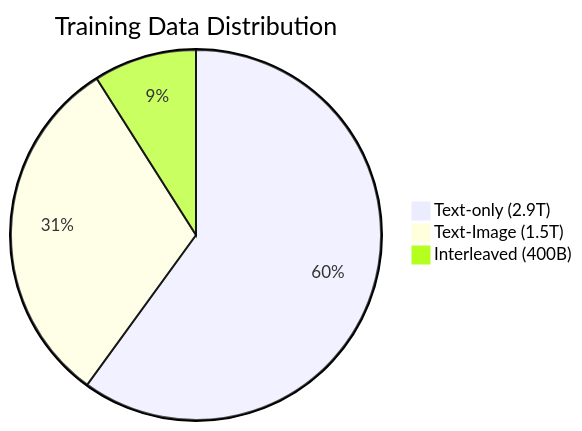
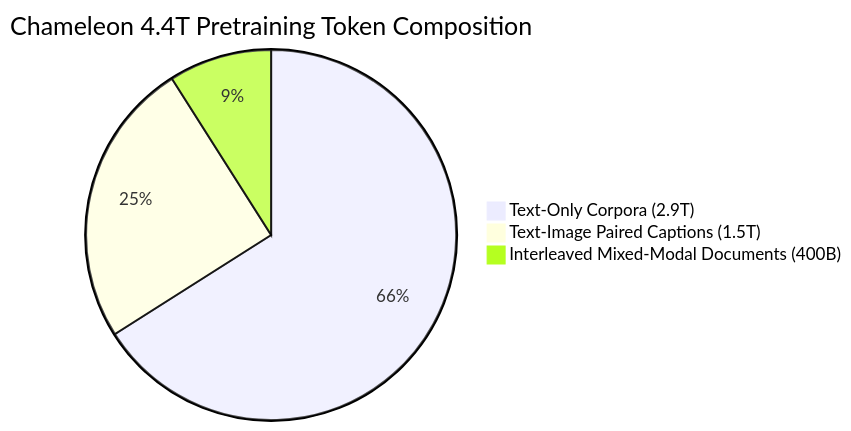
One commit to akillness/akillness.github.io changed the second of 3 diagrams in _posts/2024/05/2024-05-25-llm-chameleon-release.md. Above: the diagram before and after it, drawn with Mermaid. The commit also changed other lines of this file and 1 other file, not shown here.

Commit message:
archive(dev): rebuild llm-chameleon-release from 2024-05 note

````diff
--- a/_posts/2024/05/2024-05-25-llm-chameleon-release.md
+++ b/_posts/2024/05/2024-05-25-llm-chameleon-release.md
@@ -57,6 +102,6 @@
 ```mermaid
-pie title Training Data Distribution
-    "Text-only (2.9T)" : 60
-    "Text-Image (1.5T)" : 31
-    "Interleaved (400B)" : 9
+pie title Chameleon 4.4T Pretraining Token Composition
+    "Text-Only Corpora (2.9T)" : 66
+    "Text-Image Paired Captions (1.5T)" : 25
+    "Interleaved Mixed-Modal Documents (400B)" : 9
 ```
````
